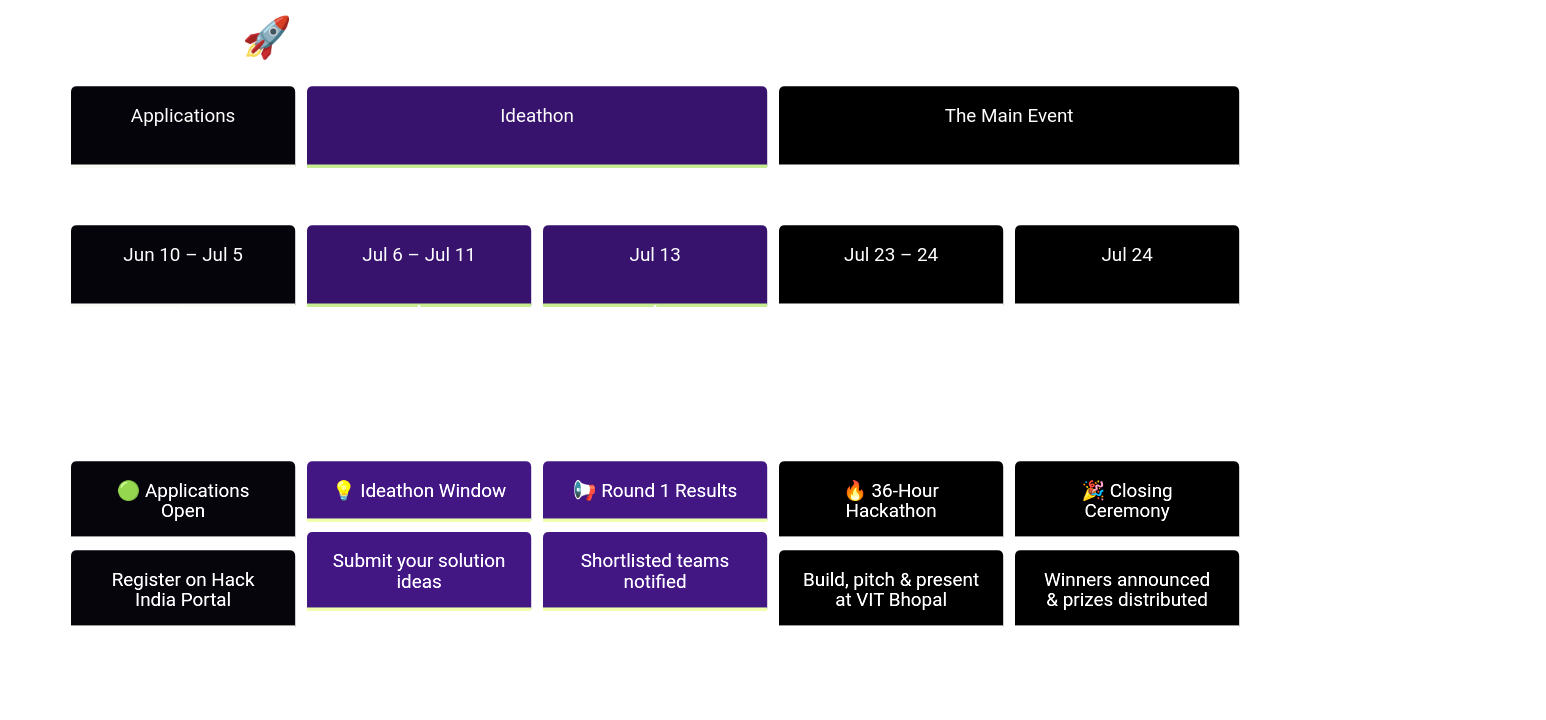
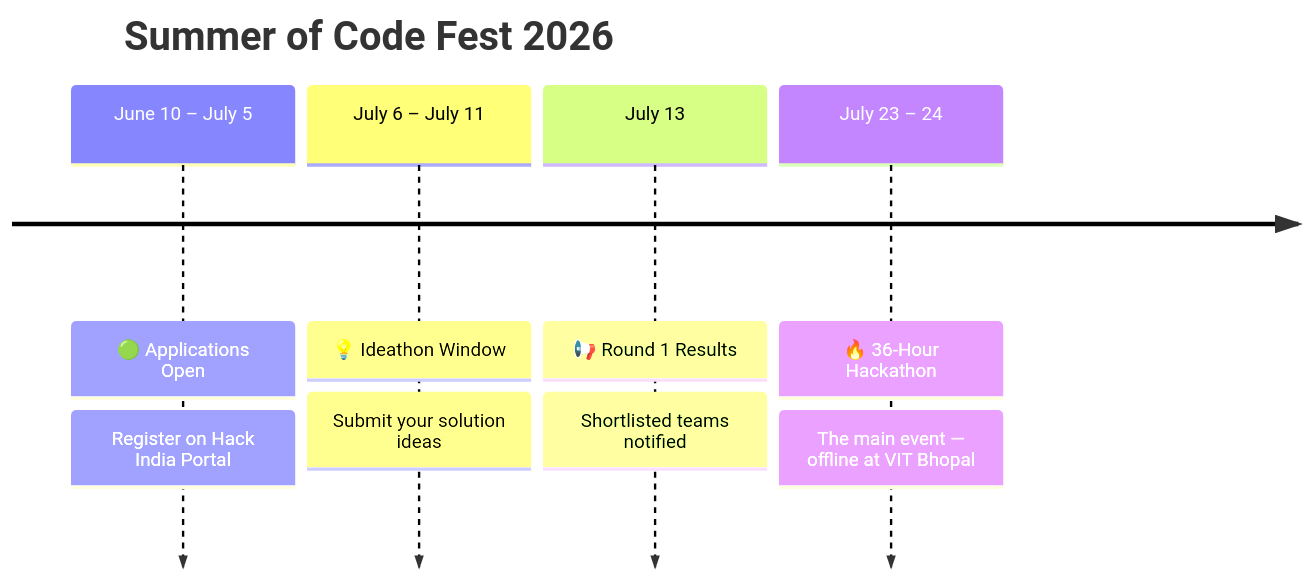
One commit to VanshSa017/demo_repo changed the diagram in README.md. Above: the diagram before and after it, drawn with Mermaid. The commit also changed other lines of this file, not shown here.

````diff
--- a/README.md
+++ b/README.md
@@ -74,24 +73,12 @@
 ```mermaid
-%%{init: {
-  "theme": "base",
-  "themeVariables": {
-    "primaryColor": "#302b63",
-    "primaryTextColor": "#ffffff",
-    "primaryBorderColor": "#a78bfa",
-    "lineColor": "#8b5cf6",
-    "secondaryColor": "#6d28d9",
-    "tertiaryColor": "#1e1b4b",
-    "fontFamily": "Fira Code, monospace"
-  }
-}}%%
 timeline
-    title 🚀 Summer of Code Fest '26 — Road to the Hackathon
-    section Applications
-        Jun 10 – Jul 5 : 🟢 Applications Open : Register on Hack India Portal
-    section Ideathon
-        Jul 6 – Jul 11 : 💡 Ideathon Window : Submit your solution ideas
-        Jul 13 : 📢 Round 1 Results : Shortlisted teams notified
-    section The Main Event
-        Jul 23 – 24 : 🔥 36-Hour Hackathon : Build, pitch & present at VIT Bhopal
-        Jul 24 : 🎉 Closing Ceremony : Winners announced & prizes distributed
+    title Summer of Code Fest 2026
+    June 10 – July 5  : 🟢 Applications Open
+                       : Register on Hack India Portal
+    July 6 – July 11  : 💡 Ideathon Window
+                       : Submit your solution ideas
+    July 13            : 📢 Round 1 Results
+                       : Shortlisted teams notified
+    July 23 – 24       : 🔥 36-Hour Hackathon
+                       : The main event — offline at VIT Bhopal
 ```
````
